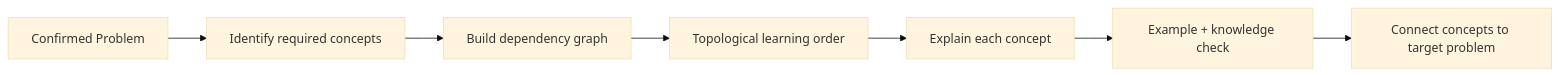
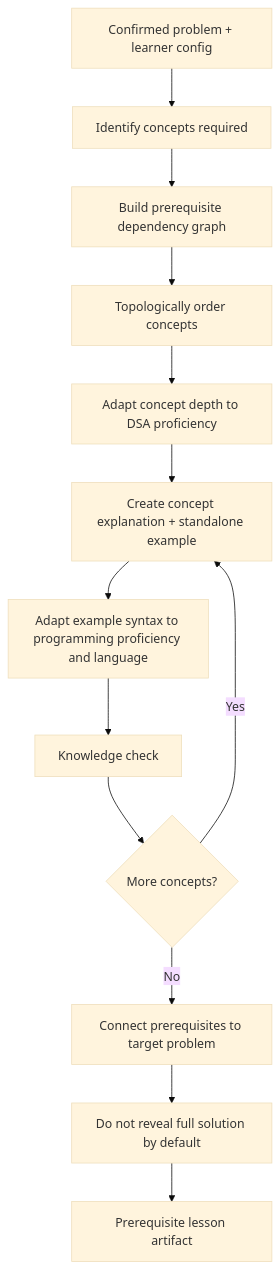
Before and after one commit to Dhruv-D-Bhrasadiya/didactics: the fifth of 7 diagrams in diagram.md, drawn with Mermaid (base theme). The commit also changed other lines of this file and 2 other files, not shown here.

Commit message:
docs: expand personalized learning and animation architecture

````diff
--- a/diagram.md
+++ b/diagram.md
@@ -111,9 +178,15 @@
 ```mermaid
-flowchart LR
-    P[Confirmed Problem] --> R[Identify required concepts]
-    R --> D[Build dependency graph]
-    D --> O[Topological learning order]
-    O --> E[Explain each concept]
-    E --> Q[Example + knowledge check]
-    Q --> B[Connect concepts to target problem]
+flowchart TD
+    A[Confirmed problem + learner config] --> B[Identify concepts required]
+    B --> C[Build prerequisite dependency graph]
+    C --> D[Topologically order concepts]
+    D --> E[Adapt concept depth to DSA proficiency]
+    E --> F[Create concept explanation + standalone example]
+    F --> G[Adapt example syntax to programming proficiency and language]
+    G --> H[Knowledge check]
+    H --> I{More concepts?}
+    I -->|Yes| F
+    I -->|No| J[Connect prerequisites to target problem]
+    J --> K[Do not reveal full solution by default]
+    K --> L[Prerequisite lesson artifact]
 ```
````
